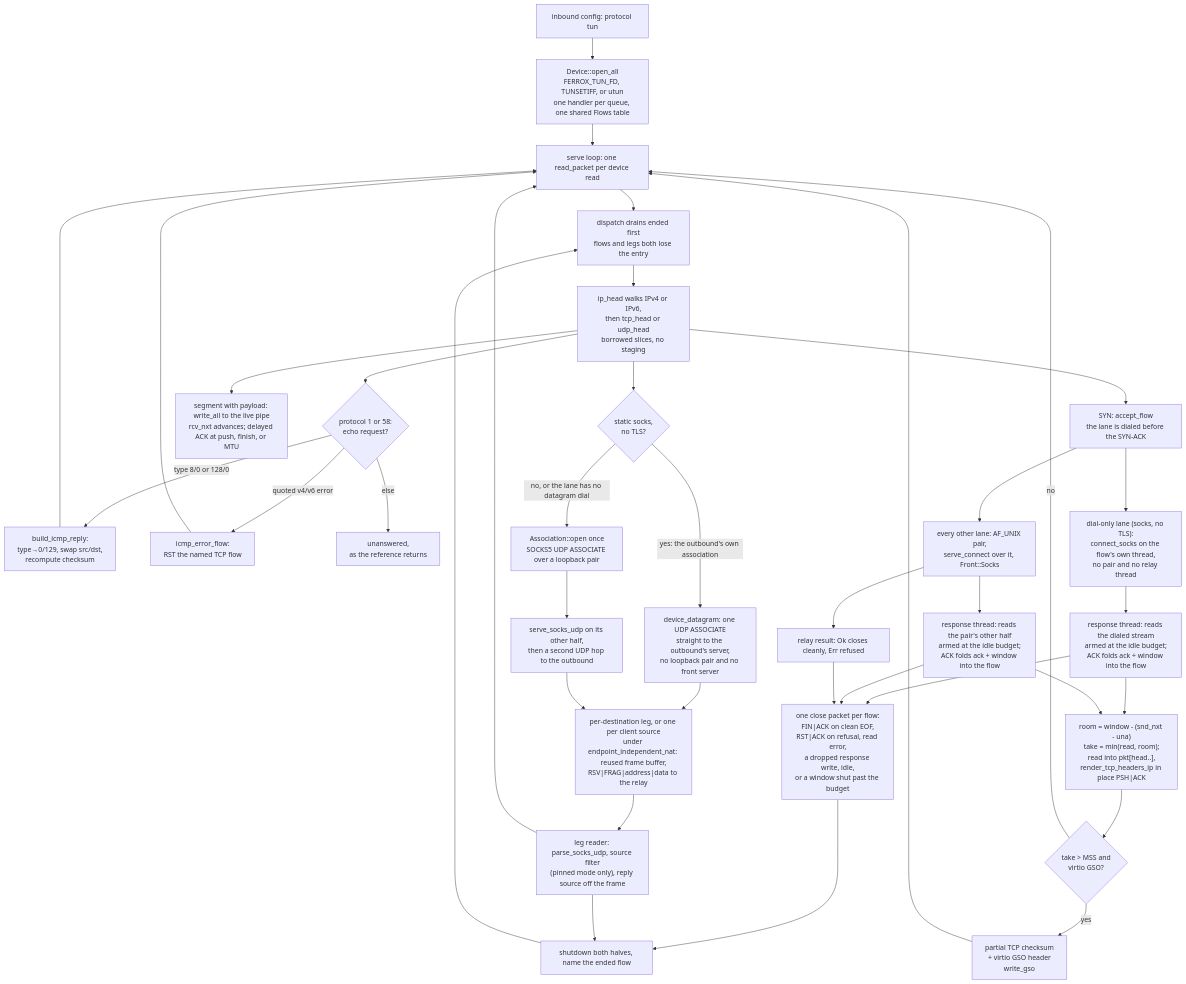
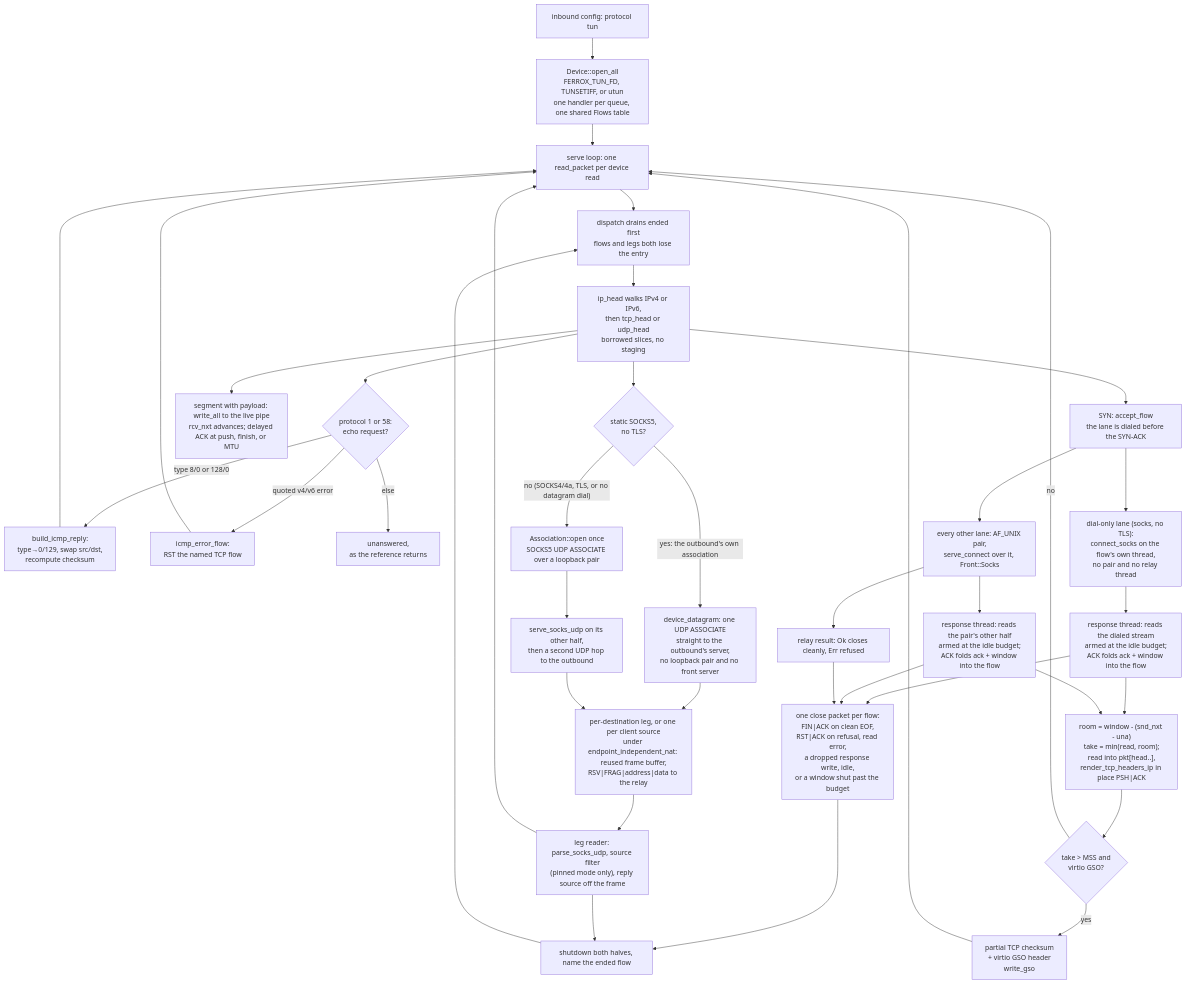
Before and after one commit to ferroxdev/ferrox: the diagram in docs/function/front-tun.md, drawn with Mermaid. The commit also changed other lines of this file, not shown here.

Commit message:
docs: name the tun lanes' SOCKS5, half-close and worker dial

````diff
--- a/docs/function/front-tun.md
+++ b/docs/function/front-tun.md
@@ -17,40 +17,40 @@
 ```mermaid
 graph TD
     A["inbound config: protocol tun"] --> B["Device::open_all<br/>FERROX_TUN_FD, TUNSETIFF, or utun<br/>one handler per queue, one shared Flows table"]
     B --> C["serve loop: one read_packet per device read"]
     C --> O["dispatch drains ended first<br/>flows and legs both lose the entry"]
     O --> D["ip_head walks IPv4 or IPv6,<br/>then tcp_head or udp_head<br/>borrowed slices, no staging"]
     D --> IC{"protocol 1 or 58:<br/>echo request?"}
     IC -- "type 8/0 or 128/0" --> ICa["build_icmp_reply:<br/>type→0/129, swap src/dst,<br/>recompute checksum"]
     ICa --> C
     IC -- "quoted v4/v6 error" --> ICe["icmp_error_flow:<br/>RST the named TCP flow"]
     ICe --> C
     IC -- "else" --> ICx["unanswered,<br/>as the reference returns"]
     D --> E["SYN: accept_flow<br/>the lane is dialed before the SYN-ACK"]
     E --> FD["dial-only lane (socks, no TLS):<br/>connect_socks on the flow's own thread,<br/>no pair and no relay thread"]
     E --> F["every other lane: AF_UNIX pair,<br/>serve_connect over it, Front::Socks"]
     D --> G["segment with payload: write_all to the live pipe<br/>rcv_nxt advances; delayed ACK at push, finish, or MTU"]
     FD --> HD["response thread: reads the dialed stream<br/>armed at the idle budget;<br/>ACK folds ack + window into the flow"]
     F --> HP["response thread: reads the pair's other half<br/>armed at the idle budget;<br/>ACK folds ack + window into the flow"]
     F --> HC["relay result: Ok closes cleanly, Err refused"]
     HD --> I["room = window - (snd_nxt - una)<br/>take = min(read, room);<br/>read into pkt[head..],<br/>render_tcp_headers_ip in place PSH|ACK"]
     HP --> I
     I --> IG{"take > MSS and<br/>virtio GSO?"}
     IG -- "yes" --> IGa["partial TCP checksum<br/>+ virtio GSO header<br/>write_gso"]
     IG -- "no" --> C
     IGa --> C
     HD --> HF["one close packet per flow:<br/>FIN|ACK on clean EOF,<br/>RST|ACK on refusal, read error,<br/>a dropped response write, idle,<br/>or a window shut past the budget"]
     HP --> HF
     HC --> HF
-    D --> JD{"static socks,<br/>no TLS?"}
+    D --> JD{"static SOCKS5,<br/>no TLS?"}
     JD -- "yes: the outbound's own association" --> KD["device_datagram: one UDP ASSOCIATE<br/>straight to the outbound's server,<br/>no loopback pair and no front server"]
-    JD -- "no, or the lane has no datagram dial" --> JA["Association::open once<br/>SOCKS5 UDP ASSOCIATE over a loopback pair"]
+    JD -- "no (SOCKS4/4a, TLS, or no datagram dial)" --> JA["Association::open once<br/>SOCKS5 UDP ASSOCIATE over a loopback pair"]
     JA --> KA["serve_socks_udp on its other half,<br/>then a second UDP hop to the outbound"]
     KD --> L["per-destination leg, or one per client source<br/>under endpoint_independent_nat: reused frame buffer,<br/>RSV|FRAG|address|data to the relay"]
     KA --> L
     L --> M["leg reader: parse_socks_udp, source filter<br/>(pinned mode only), reply source off the frame"]
     M --> C
     HF --> N["shutdown both halves, name the ended flow"]
     M --> N
     N --> O
 ```
````
